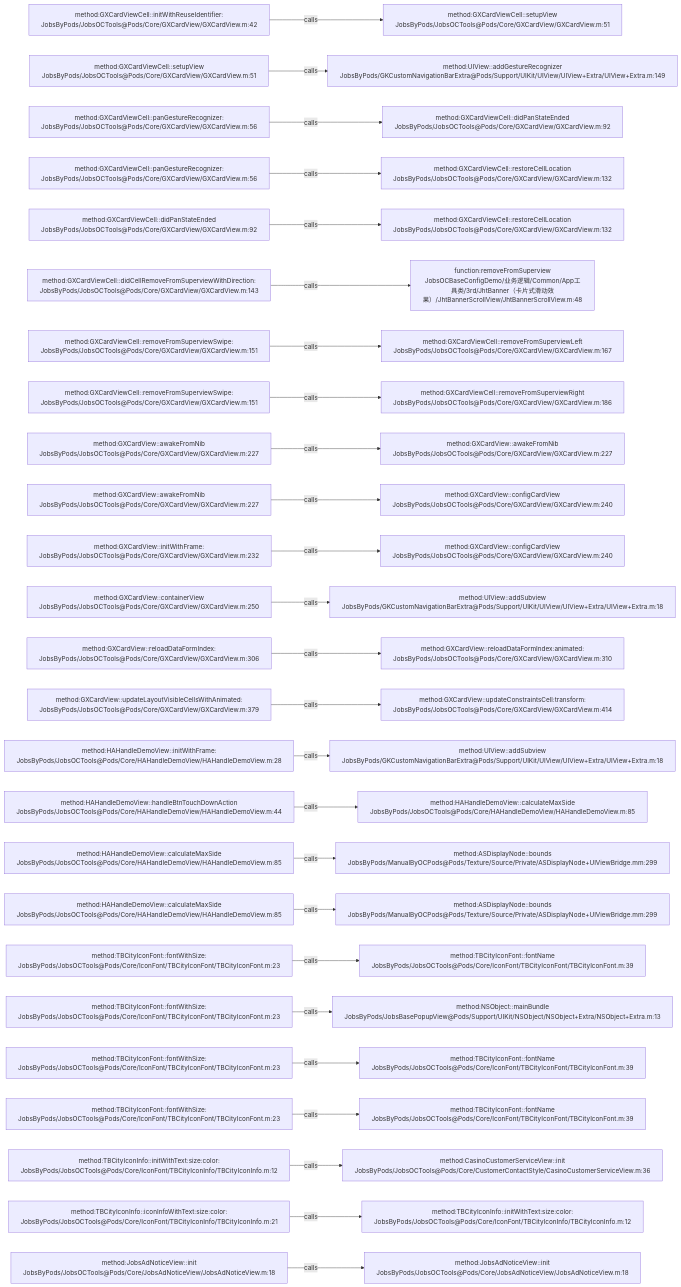
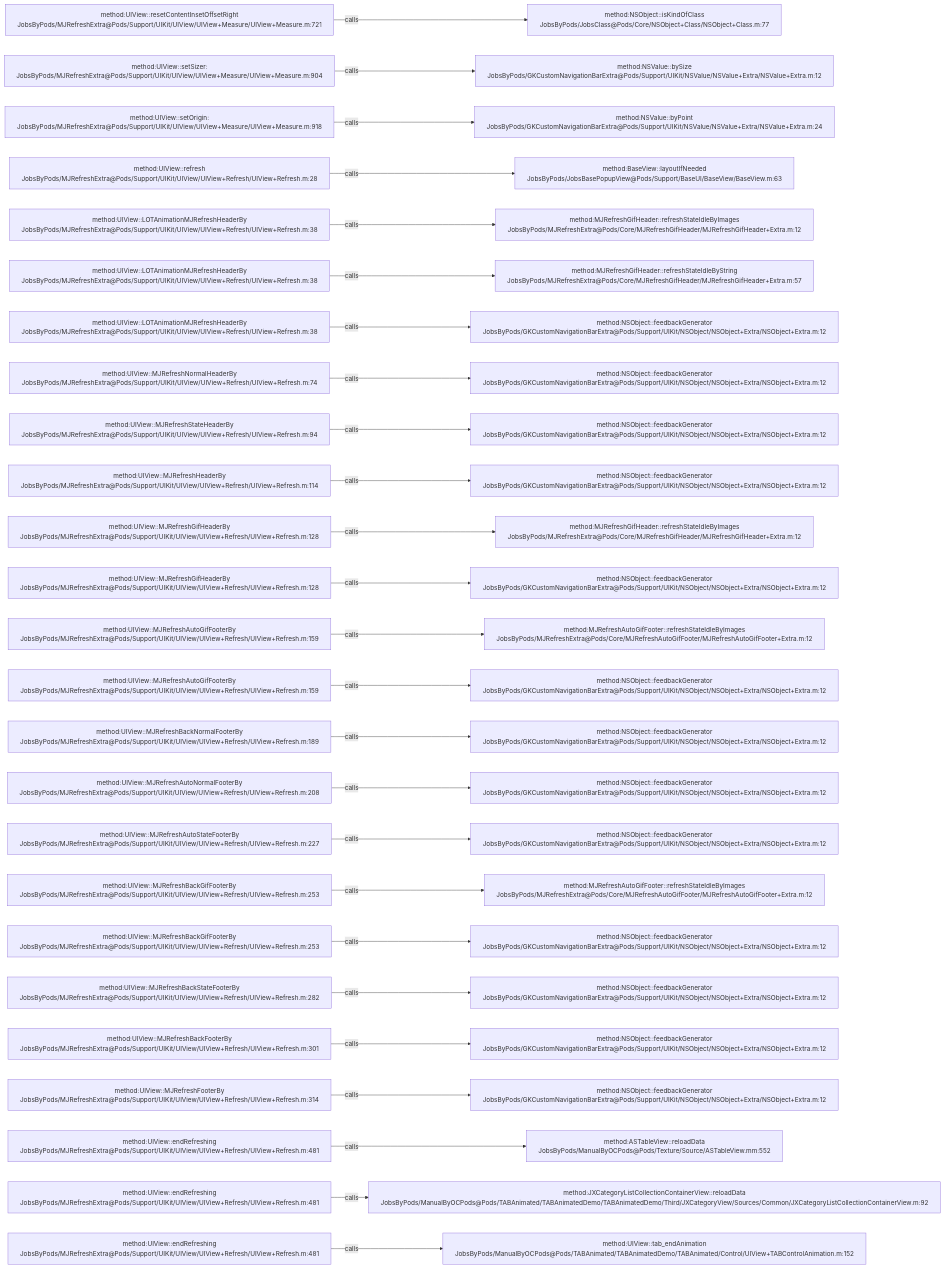
The diagram in .codegraph/codegraph.md/graphs/calls-185.md (JobsKits/JobsOCBaseConfigDemo), drawn with Mermaid before and after one commit. The commit also changed 1026 other files, not shown here.

````diff
--- a/.codegraph/codegraph.md/graphs/calls-185.md
+++ b/.codegraph/codegraph.md/graphs/calls-185.md
@@ -13,78 +13,78 @@
 ```mermaid
 flowchart LR
-  S1["method:GXCardViewCell::initWithReuseIdentifier:<br/>JobsByPods/JobsOCTools@Pods/Core/GXCardView/GXCardView.m:42"]
-  T1["method:GXCardViewCell::setupView<br/>JobsByPods/JobsOCTools@Pods/Core/GXCardView/GXCardView.m:51"]
+  S1["method:UIView::resetContentInsetOffsetRight<br/>JobsByPods/MJRefreshExtra@Pods/Support/UIKit/UIView/UIView+Measure/UIView+Measure.m:721"]
+  T1["method:NSObject::isKindOfClass<br/>JobsByPods/JobsClass@Pods/Core/NSObject+Class/NSObject+Class.m:77"]
   S1 -->|calls| T1
-  S2["method:GXCardViewCell::setupView<br/>JobsByPods/JobsOCTools@Pods/Core/GXCardView/GXCardView.m:51"]
-  T2["method:UIView::addGestureRecognizer<br/>JobsByPods/GKCustomNavigationBarExtra@Pods/Support/UIKit/UIView/UIView+Extra/UIView+Extra.m:149"]
+  S2["method:UIView::setSizer:<br/>JobsByPods/MJRefreshExtra@Pods/Support/UIKit/UIView/UIView+Measure/UIView+Measure.m:904"]
+  T2["method:NSValue::bySize<br/>JobsByPods/GKCustomNavigationBarExtra@Pods/Support/UIKit/NSValue/NSValue+Extra/NSValue+Extra.m:12"]
   S2 -->|calls| T2
-  S3["method:GXCardViewCell::panGestureRecognizer:<br/>JobsByPods/JobsOCTools@Pods/Core/GXCardView/GXCardView.m:56"]
-  T3["method:GXCardViewCell::didPanStateEnded<br/>JobsByPods/JobsOCTools@Pods/Core/GXCardView/GXCardView.m:92"]
+  S3["method:UIView::setOrigin:<br/>JobsByPods/MJRefreshExtra@Pods/Support/UIKit/UIView/UIView+Measure/UIView+Measure.m:918"]
+  T3["method:NSValue::byPoint<br/>JobsByPods/GKCustomNavigationBarExtra@Pods/Support/UIKit/NSValue/NSValue+Extra/NSValue+Extra.m:24"]
   S3 -->|calls| T3
-  S4["method:GXCardViewCell::panGestureRecognizer:<br/>JobsByPods/JobsOCTools@Pods/Core/GXCardView/GXCardView.m:56"]
-  T4["method:GXCardViewCell::restoreCellLocation<br/>JobsByPods/JobsOCTools@Pods/Core/GXCardView/GXCardView.m:132"]
+  S4["method:UIView::refresh<br/>JobsByPods/MJRefreshExtra@Pods/Support/UIKit/UIView/UIView+Refresh/UIView+Refresh.m:28"]
+  T4["method:BaseView::layoutIfNeeded<br/>JobsByPods/JobsBasePopupView@Pods/Support/BaseUI/BaseView/BaseView.m:63"]
   S4 -->|calls| T4
-  S5["method:GXCardViewCell::didPanStateEnded<br/>JobsByPods/JobsOCTools@Pods/Core/GXCardView/GXCardView.m:92"]
-  T5["method:GXCardViewCell::restoreCellLocation<br/>JobsByPods/JobsOCTools@Pods/Core/GXCardView/GXCardView.m:132"]
+  S5["method:UIView::LOTAnimationMJRefreshHeaderBy<br/>JobsByPods/MJRefreshExtra@Pods/Support/UIKit/UIView/UIView+Refresh/UIView+Refresh.m:38"]
+  T5["method:MJRefreshGifHeader::refreshStateIdleByImages<br/>JobsByPods/MJRefreshExtra@Pods/Core/MJRefreshGifHeader/MJRefreshGifHeader+Extra.m:12"]
   S5 -->|calls| T5
-  S6["method:GXCardViewCell::didCellRemoveFromSuperviewWithDirection:<br/>JobsByPods/JobsOCTools@Pods/Core/GXCardView/GXCardView.m:143"]
-  T6["function:removeFromSuperview<br/>JobsOCBaseConfigDemo/业务逻辑/Common/App工具类/3rd/JhtBanner（卡片式滑动效果）/JhtBannerScrollView/JhtBannerScrollView.m:48"]
+  S6["method:UIView::LOTAnimationMJRefreshHeaderBy<br/>JobsByPods/MJRefreshExtra@Pods/Support/UIKit/UIView/UIView+Refresh/UIView+Refresh.m:38"]
+  T6["method:MJRefreshGifHeader::refreshStateIdleByString<br/>JobsByPods/MJRefreshExtra@Pods/Core/MJRefreshGifHeader/MJRefreshGifHeader+Extra.m:57"]
   S6 -->|calls| T6
-  S7["method:GXCardViewCell::removeFromSuperviewSwipe:<br/>JobsByPods/JobsOCTools@Pods/Core/GXCardView/GXCardView.m:151"]
-  T7["method:GXCardViewCell::removeFromSuperviewLeft<br/>JobsByPods/JobsOCTools@Pods/Core/GXCardView/GXCardView.m:167"]
+  S7["method:UIView::LOTAnimationMJRefreshHeaderBy<br/>JobsByPods/MJRefreshExtra@Pods/Support/UIKit/UIView/UIView+Refresh/UIView+Refresh.m:38"]
+  T7["method:NSObject::feedbackGenerator<br/>JobsByPods/GKCustomNavigationBarExtra@Pods/Support/UIKit/NSObject/NSObject+Extra/NSObject+Extra.m:12"]
   S7 -->|calls| T7
-  S8["method:GXCardViewCell::removeFromSuperviewSwipe:<br/>JobsByPods/JobsOCTools@Pods/Core/GXCardView/GXCardView.m:151"]
-  T8["method:GXCardViewCell::removeFromSuperviewRight<br/>JobsByPods/JobsOCTools@Pods/Core/GXCardView/GXCardView.m:186"]
+  S8["method:UIView::MJRefreshNormalHeaderBy<br/>JobsByPods/MJRefreshExtra@Pods/Support/UIKit/UIView/UIView+Refresh/UIView+Refresh.m:74"]
+  T8["method:NSObject::feedbackGenerator<br/>JobsByPods/GKCustomNavigationBarExtra@Pods/Support/UIKit/NSObject/NSObject+Extra/NSObject+Extra.m:12"]
   S8 -->|calls| T8
-  S9["method:GXCardView::awakeFromNib<br/>JobsByPods/JobsOCTools@Pods/Core/GXCardView/GXCardView.m:227"]
-  T9["method:GXCardView::awakeFromNib<br/>JobsByPods/JobsOCTools@Pods/Core/GXCardView/GXCardView.m:227"]
+  S9["method:UIView::MJRefreshStateHeaderBy<br/>JobsByPods/MJRefreshExtra@Pods/Support/UIKit/UIView/UIView+Refresh/UIView+Refresh.m:94"]
+  T9["method:NSObject::feedbackGenerator<br/>JobsByPods/GKCustomNavigationBarExtra@Pods/Support/UIKit/NSObject/NSObject+Extra/NSObject+Extra.m:12"]
   S9 -->|calls| T9
-  S10["method:GXCardView::awakeFromNib<br/>JobsByPods/JobsOCTools@Pods/Core/GXCardView/GXCardView.m:227"]
-  T10["method:GXCardView::configCardView<br/>JobsByPods/JobsOCTools@Pods/Core/GXCardView/GXCardView.m:240"]
+  S10["method:UIView::MJRefreshHeaderBy<br/>JobsByPods/MJRefreshExtra@Pods/Support/UIKit/UIView/UIView+Refresh/UIView+Refresh.m:114"]
+  T10["method:NSObject::feedbackGenerator<br/>JobsByPods/GKCustomNavigationBarExtra@Pods/Support/UIKit/NSObject/NSObject+Extra/NSObject+Extra.m:12"]
   S10 -->|calls| T10
-  S11["method:GXCardView::initWithFrame:<br/>JobsByPods/JobsOCTools@Pods/Core/GXCardView/GXCardView.m:232"]
-  T11["method:GXCardView::configCardView<br/>JobsByPods/JobsOCTools@Pods/Core/GXCardView/GXCardView.m:240"]
+  S11["method:UIView::MJRefreshGifHeaderBy<br/>JobsByPods/MJRefreshExtra@Pods/Support/UIKit/UIView/UIView+Refresh/UIView+Refresh.m:128"]
+  T11["method:MJRefreshGifHeader::refreshStateIdleByImages<br/>JobsByPods/MJRefreshExtra@Pods/Core/MJRefreshGifHeader/MJRefreshGifHeader+Extra.m:12"]
   S11 -->|calls| T11
-  S12["method:GXCardView::containerView<br/>JobsByPods/JobsOCTools@Pods/Core/GXCardView/GXCardView.m:250"]
-  T12["method:UIView::addSubview<br/>JobsByPods/GKCustomNavigationBarExtra@Pods/Support/UIKit/UIView/UIView+Extra/UIView+Extra.m:18"]
+  S12["method:UIView::MJRefreshGifHeaderBy<br/>JobsByPods/MJRefreshExtra@Pods/Support/UIKit/UIView/UIView+Refresh/UIView+Refresh.m:128"]
+  T12["method:NSObject::feedbackGenerator<br/>JobsByPods/GKCustomNavigationBarExtra@Pods/Support/UIKit/NSObject/NSObject+Extra/NSObject+Extra.m:12"]
   S12 -->|calls| T12
-  S13["method:GXCardView::reloadDataFormIndex:<br/>JobsByPods/JobsOCTools@Pods/Core/GXCardView/GXCardView.m:306"]
-  T13["method:GXCardView::reloadDataFormIndex:animated:<br/>JobsByPods/JobsOCTools@Pods/Core/GXCardView/GXCardView.m:310"]
+  S13["method:UIView::MJRefreshAutoGifFooterBy<br/>JobsByPods/MJRefreshExtra@Pods/Support/UIKit/UIView/UIView+Refresh/UIView+Refresh.m:159"]
+  T13["method:MJRefreshAutoGifFooter::refreshStateIdleByImages<br/>JobsByPods/MJRefreshExtra@Pods/Core/MJRefreshAutoGifFooter/MJRefreshAutoGifFooter+Extra.m:12"]
   S13 -->|calls| T13
-  S14["method:GXCardView::updateLayoutVisibleCellsWithAnimated:<br/>JobsByPods/JobsOCTools@Pods/Core/GXCardView/GXCardView.m:379"]
-  T14["method:GXCardView::updateConstraintsCell:transform:<br/>JobsByPods/JobsOCTools@Pods/Core/GXCardView/GXCardView.m:414"]
+  S14["method:UIView::MJRefreshAutoGifFooterBy<br/>JobsByPods/MJRefreshExtra@Pods/Support/UIKit/UIView/UIView+Refresh/UIView+Refresh.m:159"]
+  T14["method:NSObject::feedbackGenerator<br/>JobsByPods/GKCustomNavigationBarExtra@Pods/Support/UIKit/NSObject/NSObject+Extra/NSObject+Extra.m:12"]
   S14 -->|calls| T14
-  S15["method:HAHandleDemoView::initWithFrame:<br/>JobsByPods/JobsOCTools@Pods/Core/HAHandleDemoView/HAHandleDemoView.m:28"]
-  T15["method:UIView::addSubview<br/>JobsByPods/GKCustomNavigationBarExtra@Pods/Support/UIKit/UIView/UIView+Extra/UIView+Extra.m:18"]
+  S15["method:UIView::MJRefreshBackNormalFooterBy<br/>JobsByPods/MJRefreshExtra@Pods/Support/UIKit/UIView/UIView+Refresh/UIView+Refresh.m:189"]
+  T15["method:NSObject::feedbackGenerator<br/>JobsByPods/GKCustomNavigationBarExtra@Pods/Support/UIKit/NSObject/NSObject+Extra/NSObject+Extra.m:12"]
   S15 -->|calls| T15
-  S16["method:HAHandleDemoView::handleBtnTouchDownAction<br/>JobsByPods/JobsOCTools@Pods/Core/HAHandleDemoView/HAHandleDemoView.m:44"]
-  T16["method:HAHandleDemoView::calculateMaxSide<br/>JobsByPods/JobsOCTools@Pods/Core/HAHandleDemoView/HAHandleDemoView.m:85"]
+  S16["method:UIView::MJRefreshAutoNormalFooterBy<br/>JobsByPods/MJRefreshExtra@Pods/Support/UIKit/UIView/UIView+Refresh/UIView+Refresh.m:208"]
+  T16["method:NSObject::feedbackGenerator<br/>JobsByPods/GKCustomNavigationBarExtra@Pods/Support/UIKit/NSObject/NSObject+Extra/NSObject+Extra.m:12"]
   S16 -->|calls| T16
-  S17["method:HAHandleDemoView::calculateMaxSide<br/>JobsByPods/JobsOCTools@Pods/Core/HAHandleDemoView/HAHandleDemoView.m:85"]
-  T17["method:ASDisplayNode::bounds<br/>JobsByPods/ManualByOCPods@Pods/Texture/Source/Private/ASDisplayNode+UIViewBridge.mm:299"]
+  S17["method:UIView::MJRefreshAutoStateFooterBy<br/>JobsByPods/MJRefreshExtra@Pods/Support/UIKit/UIView/UIView+Refresh/UIView+Refresh.m:227"]
+  T17["method:NSObject::feedbackGenerator<br/>JobsByPods/GKCustomNavigationBarExtra@Pods/Support/UIKit/NSObject/NSObject+Extra/NSObject+Extra.m:12"]
   S17 -->|calls| T17
-  S18["method:HAHandleDemoView::calculateMaxSide<br/>JobsByPods/JobsOCTools@Pods/Core/HAHandleDemoView/HAHandleDemoView.m:85"]
-  T18["method:ASDisplayNode::bounds<br/>JobsByPods/ManualByOCPods@Pods/Texture/Source/Private/ASDisplayNode+UIViewBridge.mm:299"]
+  S18["method:UIView::MJRefreshBackGifFooterBy<br/>JobsByPods/MJRefreshExtra@Pods/Support/UIKit/UIView/UIView+Refresh/UIView+Refresh.m:253"]
+  T18["method:MJRefreshAutoGifFooter::refreshStateIdleByImages<br/>JobsByPods/MJRefreshExtra@Pods/Core/MJRefreshAutoGifFooter/MJRefreshAutoGifFooter+Extra.m:12"]
   S18 -->|calls| T18
-  S19["method:TBCityIconFont::fontWithSize:<br/>JobsByPods/JobsOCTools@Pods/Core/IconFont/TBCityIconFont/TBCityIconFont.m:23"]
-  T19["method:TBCityIconFont::fontName<br/>JobsByPods/JobsOCTools@Pods/Core/IconFont/TBCityIconFont/TBCityIconFont.m:39"]
+  S19["method:UIView::MJRefreshBackGifFooterBy<br/>JobsByPods/MJRefreshExtra@Pods/Support/UIKit/UIView/UIView+Refresh/UIView+Refresh.m:253"]
+  T19["method:NSObject::feedbackGenerator<br/>JobsByPods/GKCustomNavigationBarExtra@Pods/Support/UIKit/NSObject/NSObject+Extra/NSObject+Extra.m:12"]
   S19 -->|calls| T19
-  S20["method:TBCityIconFont::fontWithSize:<br/>JobsByPods/JobsOCTools@Pods/Core/IconFont/TBCityIconFont/TBCityIconFont.m:23"]
-  T20["method:NSObject::mainBundle<br/>JobsByPods/JobsBasePopupView@Pods/Support/UIKit/NSObject/NSObject+Extra/NSObject+Extra.m:13"]
+  S20["method:UIView::MJRefreshBackStateFooterBy<br/>JobsByPods/MJRefreshExtra@Pods/Support/UIKit/UIView/UIView+Refresh/UIView+Refresh.m:282"]
+  T20["method:NSObject::feedbackGenerator<br/>JobsByPods/GKCustomNavigationBarExtra@Pods/Support/UIKit/NSObject/NSObject+Extra/NSObject+Extra.m:12"]
   S20 -->|calls| T20
-  S21["method:TBCityIconFont::fontWithSize:<br/>JobsByPods/JobsOCTools@Pods/Core/IconFont/TBCityIconFont/TBCityIconFont.m:23"]
-  T21["method:TBCityIconFont::fontName<br/>JobsByPods/JobsOCTools@Pods/Core/IconFont/TBCityIconFont/TBCityIconFont.m:39"]
+  S21["method:UIView::MJRefreshBackFooterBy<br/>JobsByPods/MJRefreshExtra@Pods/Support/UIKit/UIView/UIView+Refresh/UIView+Refresh.m:301"]
+  T21["method:NSObject::feedbackGenerator<br/>JobsByPods/GKCustomNavigationBarExtra@Pods/Support/UIKit/NSObject/NSObject+Extra/NSObject+Extra.m:12"]
   S21 -->|calls| T21
-  S22["method:TBCityIconFont::fontWithSize:<br/>JobsByPods/JobsOCTools@Pods/Core/IconFont/TBCityIconFont/TBCityIconFont.m:23"]
-  T22["method:TBCityIconFont::fontName<br/>JobsByPods/JobsOCTools@Pods/Core/IconFont/TBCityIconFont/TBCityIconFont.m:39"]
+  S22["method:UIView::MJRefreshFooterBy<br/>JobsByPods/MJRefreshExtra@Pods/Support/UIKit/UIView/UIView+Refresh/UIView+Refresh.m:314"]
+  T22["method:NSObject::feedbackGenerator<br/>JobsByPods/GKCustomNavigationBarExtra@Pods/Support/UIKit/NSObject/NSObject+Extra/NSObject+Extra.m:12"]
   S22 -->|calls| T22
-  S23["method:TBCityIconInfo::initWithText:size:color:<br/>JobsByPods/JobsOCTools@Pods/Core/IconFont/TBCityIconInfo/TBCityIconInfo.m:12"]
-  T23["method:CasinoCustomerServiceView::init<br/>JobsByPods/JobsOCTools@Pods/Core/CustomerContactStyle/CasinoCustomerServiceView.m:36"]
+  S23["method:UIView::endRefreshing<br/>JobsByPods/MJRefreshExtra@Pods/Support/UIKit/UIView/UIView+Refresh/UIView+Refresh.m:481"]
+  T23["method:ASTableView::reloadData<br/>JobsByPods/ManualByOCPods@Pods/Texture/Source/ASTableView.mm:552"]
   S23 -->|calls| T23
-  S24["method:TBCityIconInfo::iconInfoWithText:size:color:<br/>JobsByPods/JobsOCTools@Pods/Core/IconFont/TBCityIconInfo/TBCityIconInfo.m:21"]
-  T24["method:TBCityIconInfo::initWithText:size:color:<br/>JobsByPods/JobsOCTools@Pods/Core/IconFont/TBCityIconInfo/TBCityIconInfo.m:12"]
+  S24["method:UIView::endRefreshing<br/>JobsByPods/MJRefreshExtra@Pods/Support/UIKit/UIView/UIView+Refresh/UIView+Refresh.m:481"]
+  T24["method:JXCategoryListCollectionContainerView::reloadData<br/>JobsByPods/ManualByOCPods@Pods/TABAnimated/TABAnimatedDemo/TABAnimatedDemo/Third/JXCategoryView/Sources/Common/JXCategoryListCollectionContainerView.m:92"]
   S24 -->|calls| T24
-  S25["method:JobsAdNoticeView::init<br/>JobsByPods/JobsOCTools@Pods/Core/JobsAdNoticeView/JobsAdNoticeView.m:18"]
-  T25["method:JobsAdNoticeView::init<br/>JobsByPods/JobsOCTools@Pods/Core/JobsAdNoticeView/JobsAdNoticeView.m:18"]
+  S25["method:UIView::endRefreshing<br/>JobsByPods/MJRefreshExtra@Pods/Support/UIKit/UIView/UIView+Refresh/UIView+Refresh.m:481"]
+  T25["method:UIView::tab_endAnimation<br/>JobsByPods/ManualByOCPods@Pods/TABAnimated/TABAnimatedDemo/TABAnimated/Control/UIView+TABControlAnimation.m:152"]
   S25 -->|calls| T25
 ```
````
